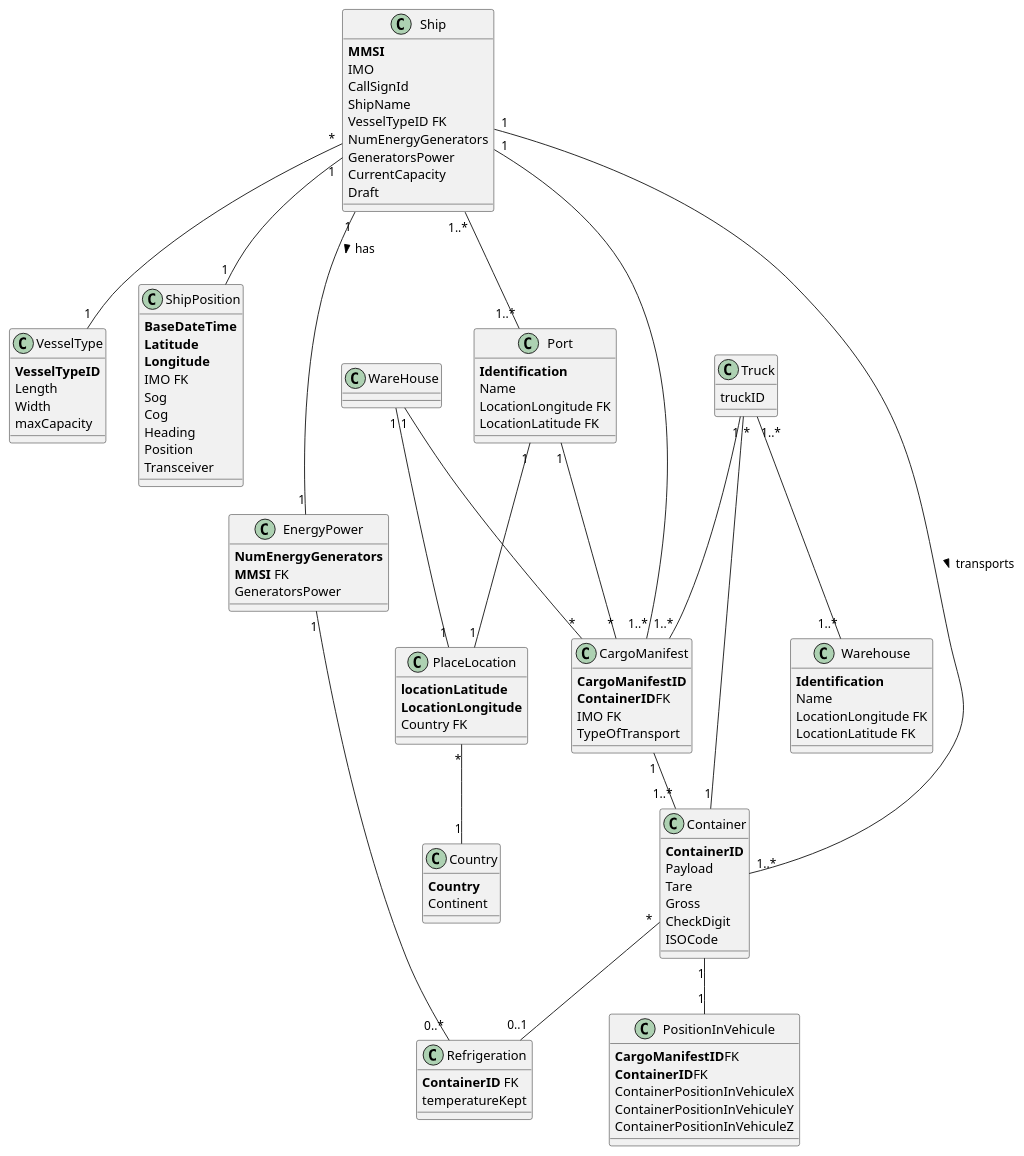
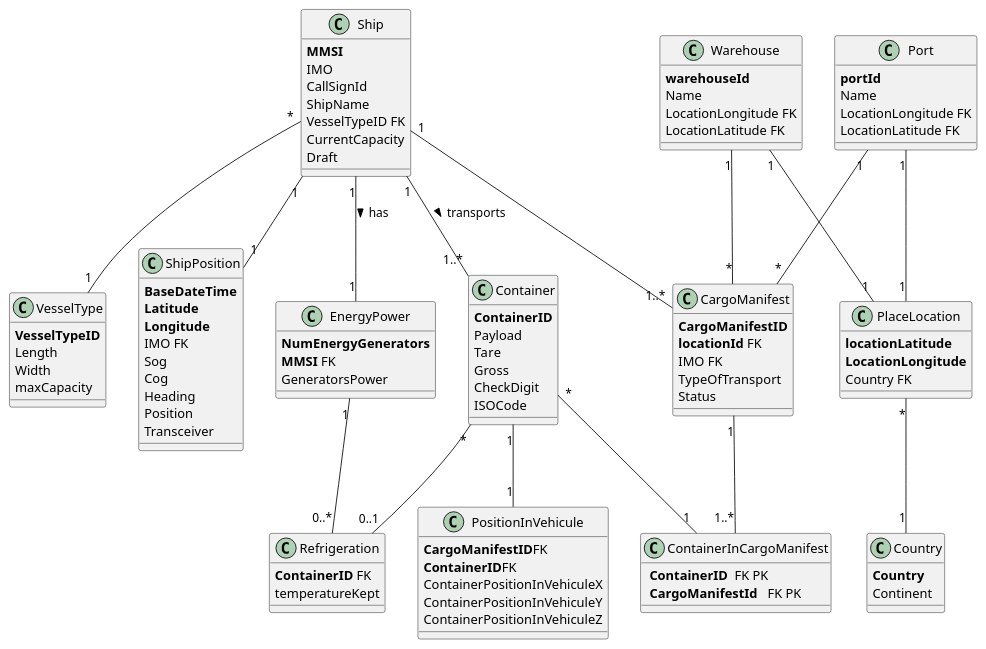
The diagram in docs/Data_Model.puml (ana-albergaria/LAPR3-ISEP), drawn with PlantUML before and after one commit. The commit also changed 1 other file, not shown here.

Commit message:
G54-18 adding more tests to shipPOsition

```diff
--- a/docs/Data_Model.puml
+++ b/docs/Data_Model.puml
@@ -1,129 +1,142 @@
 @startuml
 'https://plantuml.com/class-diagram
 
 /'class Company{
 
 }'/
 
 class Ship{
     **MMSI**
     IMO
     CallSignId
     ShipName
     VesselTypeID FK
-    NumEnergyGenerators
-    GeneratorsPower
     CurrentCapacity
     Draft
 }
 
 class VesselType{
     **VesselTypeID**
     Length
     Width
     maxCapacity
 }
 
 class ShipPosition{
     **BaseDateTime**
     **Latitude**
     **Longitude**
     IMO FK
     Sog
     Cog
     Heading
     Position
     Transceiver
 }
 
 class Container{
     **ContainerID**
     Payload
     Tare
     Gross
     CheckDigit
     ISOCode
 }
 
 class Refrigeration {
     **ContainerID** FK
     temperatureKept
 }
 
 class EnergyPower{
     **NumEnergyGenerators**
     **MMSI** FK
     GeneratorsPower
 }
 /'refrigeration state is ambigous'/
 
 /'manifest type(loading, unloading) changes its values'/
 class CargoManifest{
     **CargoManifestID**
-    **ContainerID**FK
+    **locationId** FK
     IMO FK
     TypeOfTransport
+    Status
 }
 
 class PositionInVehicule{
     **CargoManifestID**FK
     **ContainerID**FK
     ContainerPositionInVehiculeX
     ContainerPositionInVehiculeY
     ContainerPositionInVehiculeZ
 }
 
 class Port {
-    **Identification**
+    **portId**
     Name
     LocationLongitude FK
     LocationLatitude FK
 }
 
 class Warehouse {
-    **Identification**
+    **warehouseId**
     Name
     LocationLongitude FK
     LocationLatitude FK
 }
 
 class Country{
     **Country**
     Continent
 }
 
 class PlaceLocation{
     **locationLatitude**
     **LocationLongitude**
     Country FK
 }
 
+class ContainerInCargoManifest{
+    ** ContainerID ** FK PK
+    ** CargoManifestId **  FK PK
+}
 
-class Truck{
+
+/'class Truck{
     truckID
 }
+
+class Transports{
+    truckId FK
+    warehouseId FK
+}'/
 
 
 
 
 Ship "1" -- "1..*" Container : transports >
 Container "1" -- "1" PositionInVehicule
 Ship "1" -- "1" ShipPosition
 Ship "*" -- "1" VesselType
 Ship "1" -- "1..*" CargoManifest
-CargoManifest "1" -- "1..*" Container
-Truck "1" -- "1..*" CargoManifest
+CargoManifest "1" -- "1..*" ContainerInCargoManifest
+Container "*" -- "1" ContainerInCargoManifest
+/'Truck "1" -- "1..*" CargoManifest'/
+/'
 Truck "*" -- "1" Container
+'/
 Port "1" -- "1" PlaceLocation
-WareHouse "1" -- "1" PlaceLocation
+Warehouse "1" -- "1" PlaceLocation
 PlaceLocation "*" -- "1" Country
 Port "1" -- "*" CargoManifest
-WareHouse "1" -- "*" CargoManifest
+Warehouse "1" -- "*" CargoManifest
 /'Relacoes N para N, falta relacao'/
+/'
 Truck "1..*" -- "1..*" Warehouse
-Ship "1..*" -- "1..*" Port
+'/
 Container "*" -- "0..1" Refrigeration
 Ship "1" -- "1" EnergyPower : has >
 EnergyPower "1" -- "0..*" Refrigeration
 
 @enduml
```
